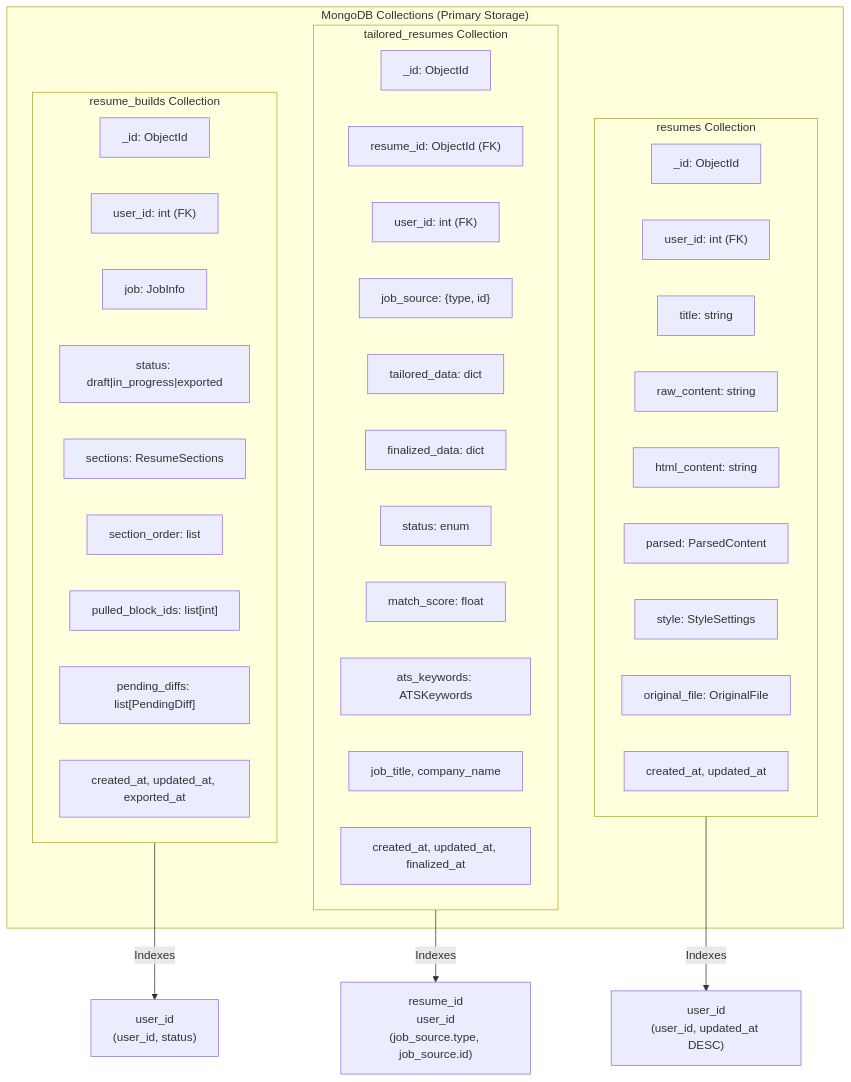
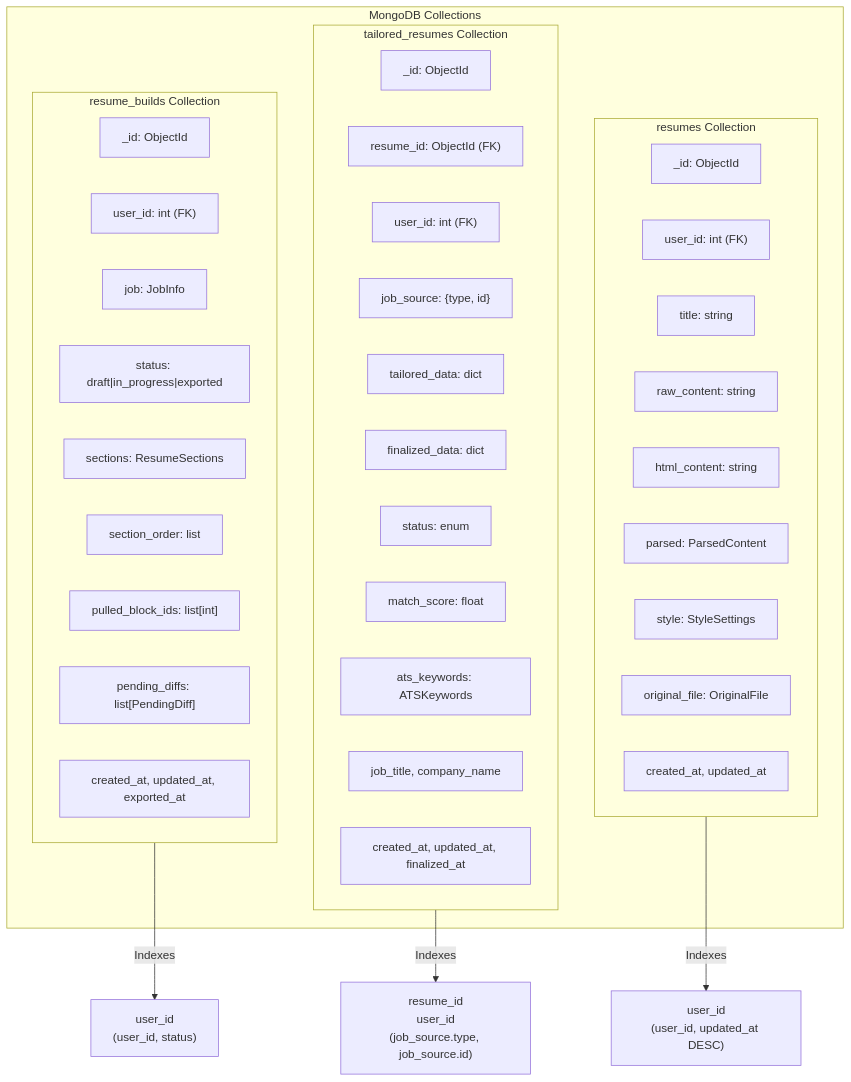
One commit to Sungchunn/AI-Resume-Tailor changed diagram 14 of 33 in docs/architecture/system-architecture.md. Above: the diagram before and after it, drawn with Mermaid. The commit also changed other lines of this file, not shown here.

First line of the commit message:
docs: update system architecture with webhook integration and schema corrections

````diff
--- a/docs/architecture/system-architecture.md
+++ b/docs/architecture/system-architecture.md
@@ -849,46 +911,46 @@
 ```mermaid
 flowchart TB
-    subgraph MongoDB["MongoDB Collections (Primary Storage)"]
+    subgraph MongoDB["MongoDB Collections"]
         subgraph resumes_col["resumes Collection"]
             R_ID["_id: ObjectId"]
             R_User["user_id: int (FK)"]
             R_Title["title: string"]
             R_Raw["raw_content: string"]
             R_HTML["html_content: string"]
             R_Parsed["parsed: ParsedContent"]
             R_Style["style: StyleSettings"]
             R_File["original_file: OriginalFile"]
             R_TS["created_at, updated_at"]
         end
 
         subgraph tailored_col["tailored_resumes Collection"]
             T_ID["_id: ObjectId"]
             T_Resume["resume_id: ObjectId (FK)"]
             T_User["user_id: int (FK)"]
             T_Job["job_source: {type, id}"]
             T_Data["tailored_data: dict"]
             T_Final["finalized_data: dict"]
             T_Status["status: enum"]
             T_Score["match_score: float"]
             T_ATS["ats_keywords: ATSKeywords"]
             T_Meta["job_title, company_name"]
             T_TS["created_at, updated_at, finalized_at"]
         end
 
         subgraph builds_col["resume_builds Collection"]
             B_ID["_id: ObjectId"]
             B_User["user_id: int (FK)"]
             B_Job["job: JobInfo"]
             B_Status["status: draft|in_progress|exported"]
             B_Sections["sections: ResumeSections"]
             B_Order["section_order: list"]
             B_Blocks["pulled_block_ids: list[int]"]
             B_Diffs["pending_diffs: list[PendingDiff]"]
             B_TS["created_at, updated_at, exported_at"]
         end
     end
 
     resumes_col --> |"Indexes"| R_IDX["user_id<br/>(user_id, updated_at DESC)"]
     tailored_col --> |"Indexes"| T_IDX["resume_id<br/>user_id<br/>(job_source.type, job_source.id)"]
     builds_col --> |"Indexes"| B_IDX["user_id<br/>(user_id, status)"]
 ```
````
